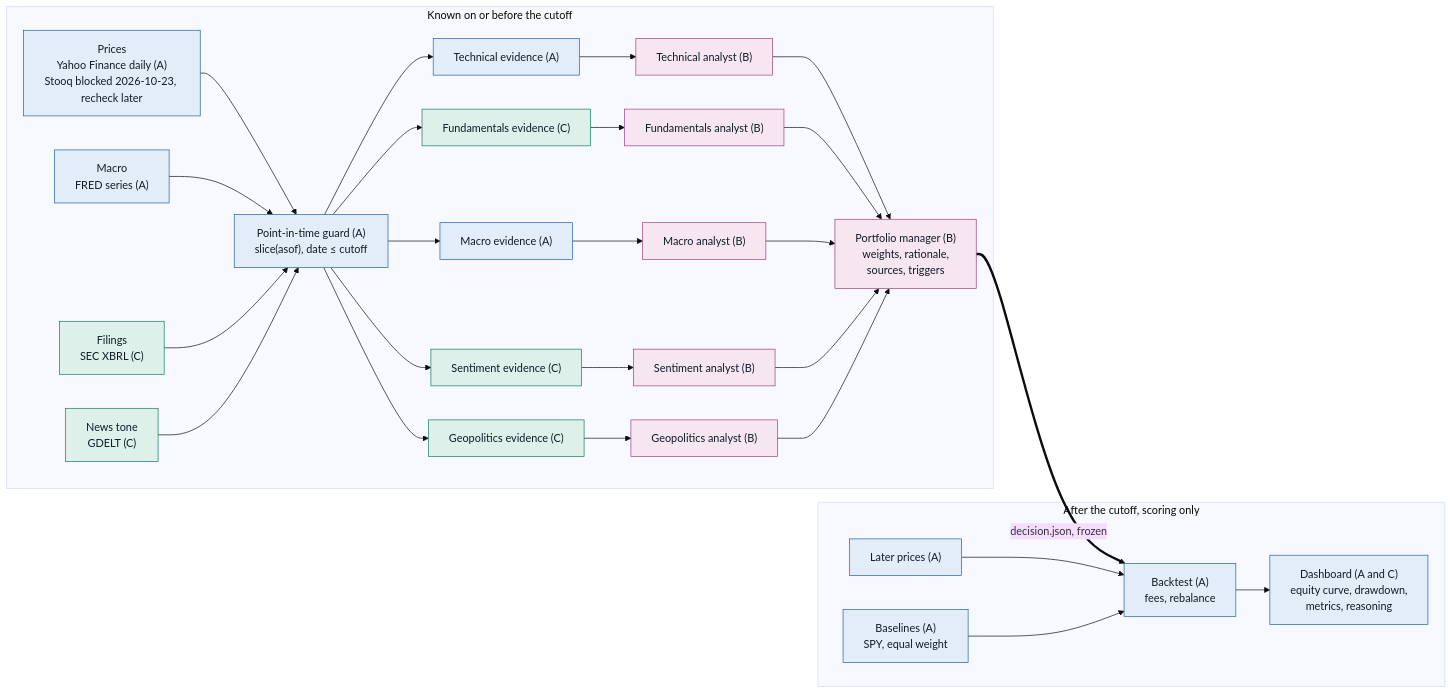
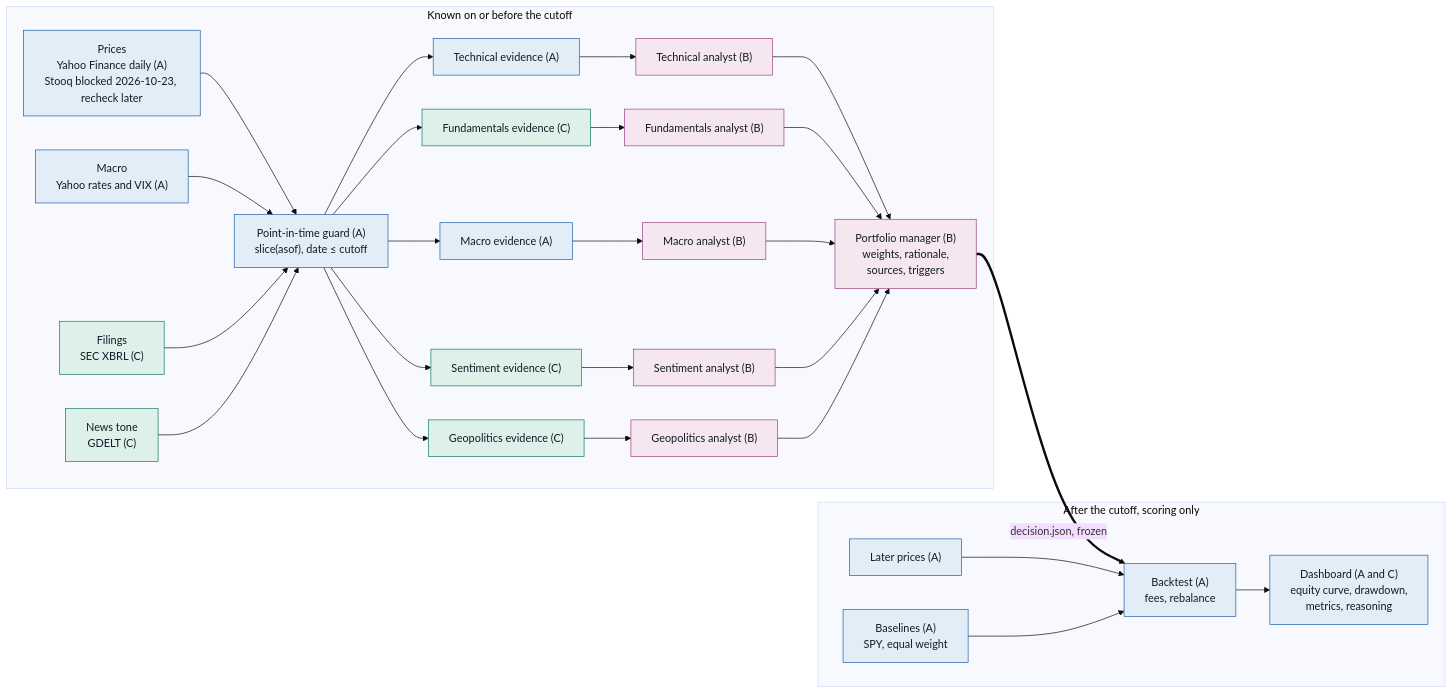
Before and after one commit to arnavvalvekar/aws-financial-portfolio: the first of 3 diagrams in README.md, drawn with Mermaid (base theme). The commit also changed other lines of this file and 3 other files, not shown here.

````diff
--- a/README.md
+++ b/README.md
@@ -82,56 +82,56 @@
 ```mermaid
 flowchart LR
   subgraph KNOWN ["Known on or before the cutoff"]
     PX["Prices<br/>Yahoo Finance daily (A)<br/>Stooq blocked 2026-10-23, recheck later"]
-    FR["Macro<br/>FRED series (A)"]
+    FR["Macro<br/>Yahoo rates and VIX (A)"]
     SE["Filings<br/>SEC XBRL (C)"]
     GD["News tone<br/>GDELT (C)"]
     GUARD["Point-in-time guard (A)<br/>slice(asof), date ≤ cutoff"]
     EV1["Technical evidence (A)"]
     EV2["Fundamentals evidence (C)"]
     EV3["Macro evidence (A)"]
     EV4["Sentiment evidence (C)"]
     EV5["Geopolitics evidence (C)"]
     AG1["Technical analyst (B)"]
     AG2["Fundamentals analyst (B)"]
     AG3["Macro analyst (B)"]
     AG4["Sentiment analyst (B)"]
     AG5["Geopolitics analyst (B)"]
     PM["Portfolio manager (B)<br/>weights, rationale,<br/>sources, triggers"]
   end
   subgraph AFTER ["After the cutoff, scoring only"]
     LP["Later prices (A)"]
     BT["Backtest (A)<br/>fees, rebalance"]
     BL["Baselines (A)<br/>SPY, equal weight"]
     DB["Dashboard (A and C)<br/>equity curve, drawdown,<br/>metrics, reasoning"]
   end
   PX --> GUARD
   FR --> GUARD
   SE --> GUARD
   GD --> GUARD
   GUARD --> EV1
   GUARD --> EV2
   GUARD --> EV3
   GUARD --> EV4
   GUARD --> EV5
   EV1 --> AG1
   EV2 --> AG2
   EV3 --> AG3
   EV4 --> AG4
   EV5 --> AG5
   AG1 --> PM
   AG2 --> PM
   AG3 --> PM
   AG4 --> PM
   AG5 --> PM
   PM ==>|"decision.json, frozen"| BT
   LP --> BT
   BL --> BT
   BT --> DB
   classDef a fill:#E3EDF8,stroke:#1B5FA8,color:#101B26
   classDef b fill:#F5E6F0,stroke:#9B3F7E,color:#101B26
   classDef c fill:#DDF0E9,stroke:#0E7A5F,color:#101B26
   class PX,FR,GUARD,EV1,EV3,LP,BT,BL,DB a
   class AG1,AG2,AG3,AG4,AG5,PM b
   class SE,GD,EV2,EV4,EV5 c
 ```
````
